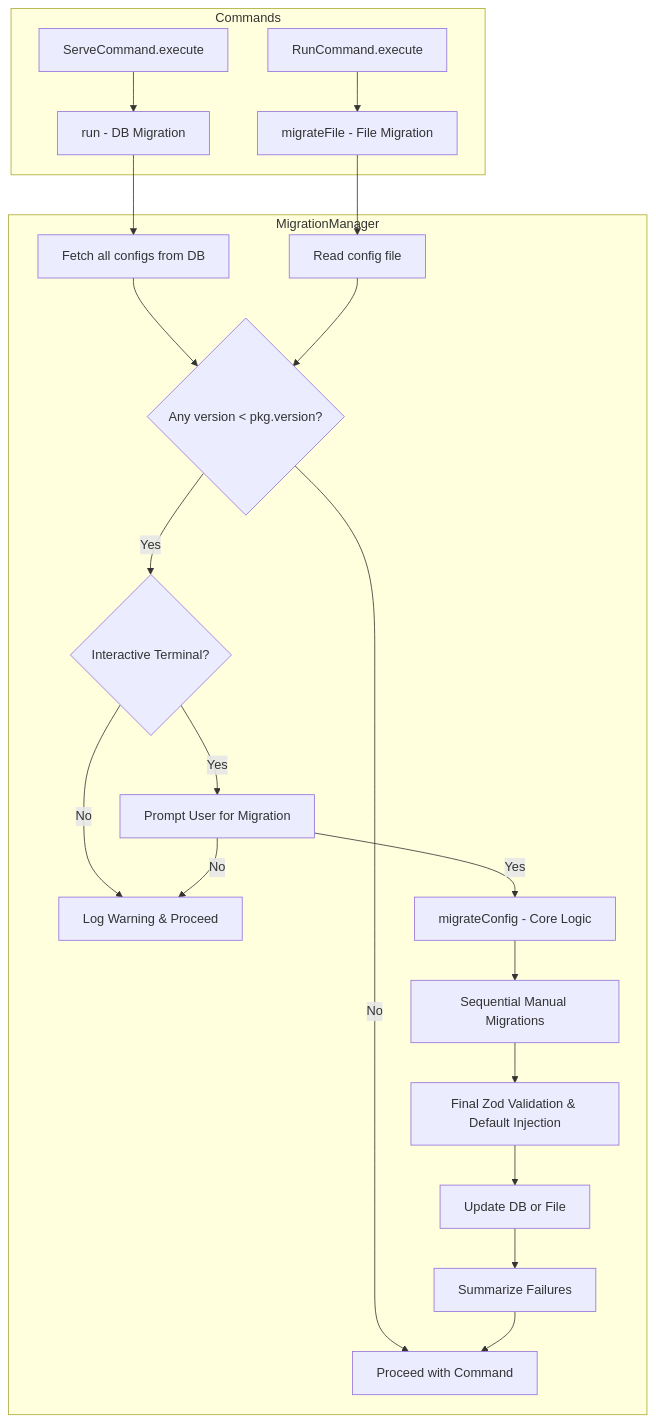
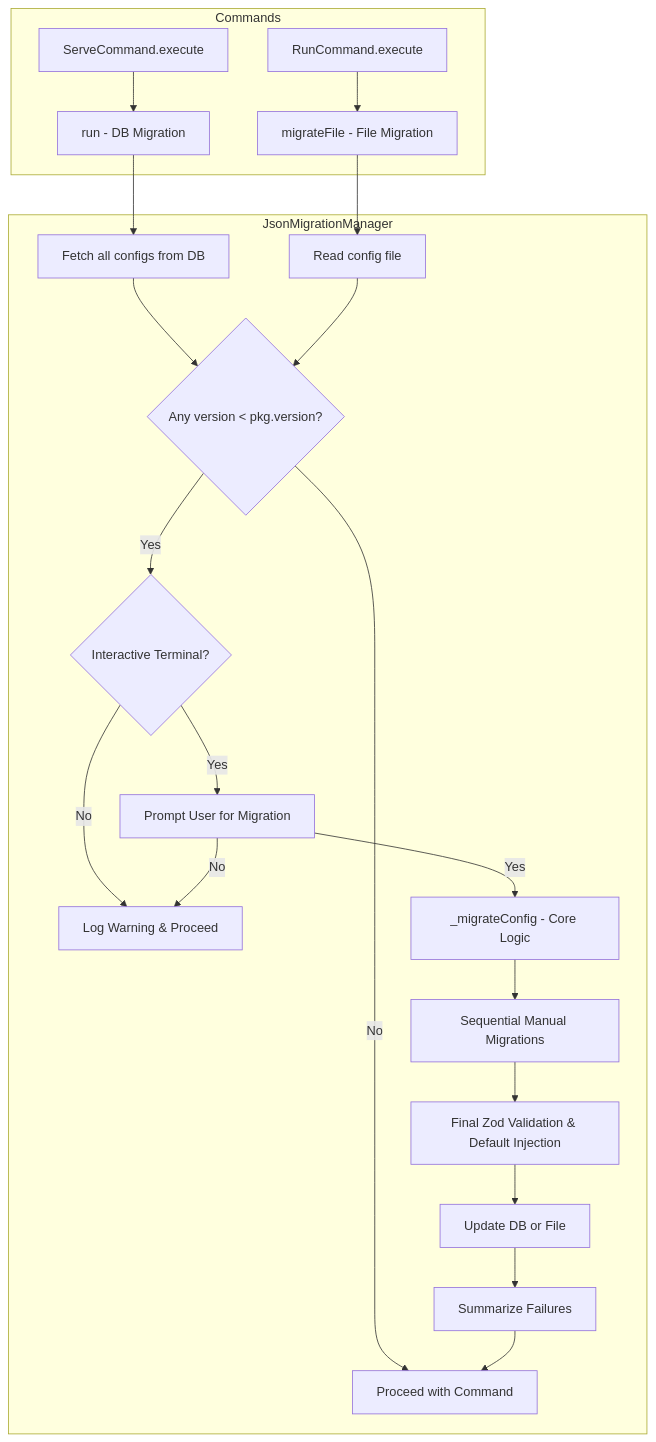
The first of 2 diagrams in docs/05-internals/05-schema-migrations.md (kevinchatham/tressi), drawn with Mermaid before and after one commit. The commit also changed other lines of this file and 23 other files, not shown here.

First line of the commit message:
feat(cli): implement database migration system and consolidate JSON migrations

````diff
--- a/docs/05-internals/05-schema-migrations.md
+++ b/docs/05-internals/05-schema-migrations.md
@@ -11,25 +11,25 @@
 ```mermaid
-graph TD
+flowchart TD
     subgraph Commands
         A1[ServeCommand.execute] --> B
         A2[RunCommand.execute] --> C
     end
 
-    subgraph MigrationManager
+    subgraph JsonMigrationManager
         B[run - DB Migration] --> D[Fetch all configs from DB]
         C[migrateFile - File Migration] --> E[Read config file]
         D --> F{Any version < pkg.version?}
         E --> F
         F -- No --> G[Proceed with Command]
         F -- Yes --> H{Interactive Terminal?}
         H -- No --> I[Log Warning & Proceed]
         H -- Yes --> J[Prompt User for Migration]
-        J -- Yes --> K[migrateConfig - Core Logic]
+        J -- Yes --> K[_migrateConfig - Core Logic]
         K --> L[Sequential Manual Migrations]
         L --> M[Final Zod Validation & Default Injection]
         M --> N[Update DB or File]
         N --> O[Summarize Failures]
         O --> G
         J -- No --> I
     end
 ```
````
